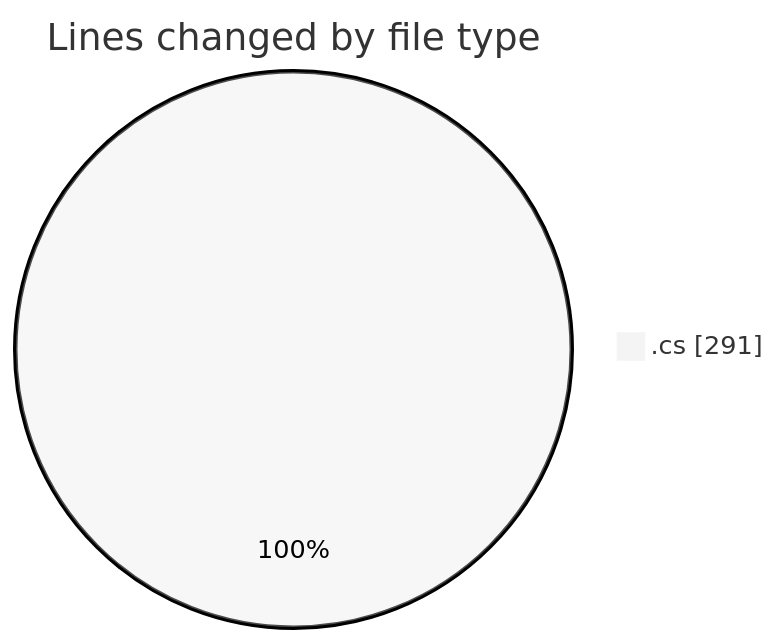
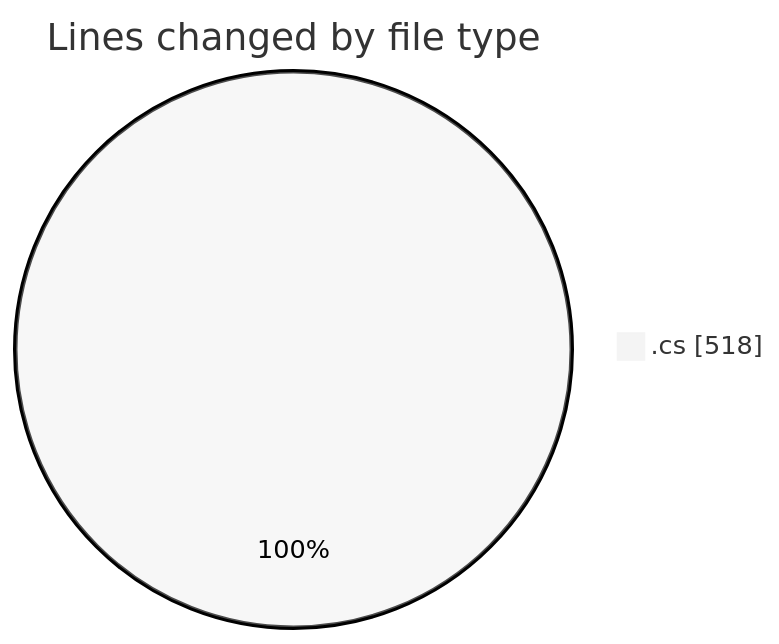
Before and after one commit to Netris89/code-tracking: the first of 2 diagrams in 2025-04-05/back-end/README.md, drawn with Mermaid (neutral theme). The commit also changed other lines of this file and 1 other file, not shown here.

````diff
--- a/2025-04-05/back-end/README.md
+++ b/2025-04-05/back-end/README.md
@@ -21,5 +21,5 @@
 ```mermaid
 pie showData
 title Lines changed by file type
-".cs" : 291
+".cs" : 518
 ```
````
